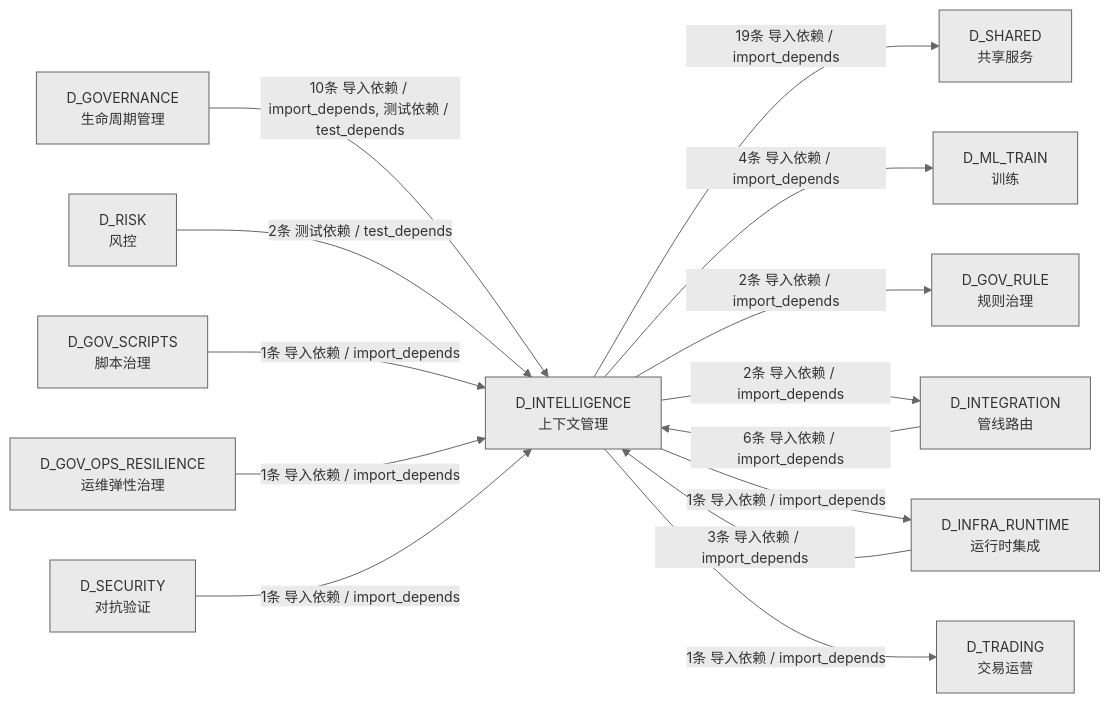
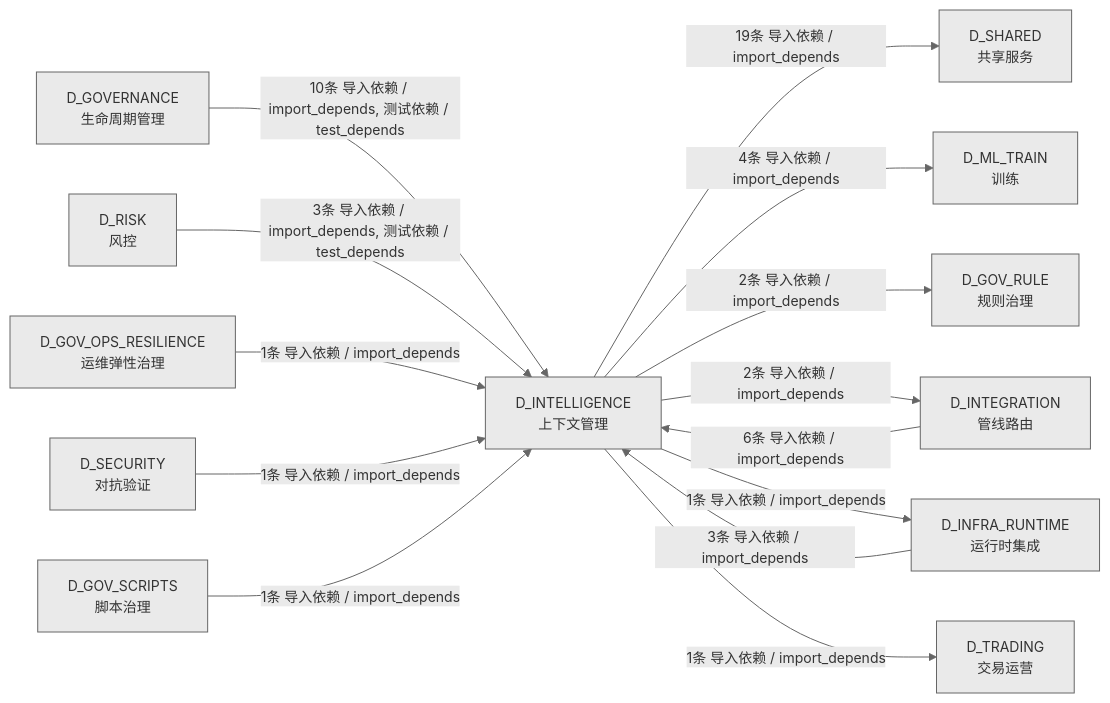
The fourth of 4 diagrams in docs/02_enterprise_architecture/02_domain_architecture_docs/57_d_intelligence.md (xuanFelixVan/ZephyrAlpha), drawn with Mermaid before and after one commit. The commit also changed other lines of this file and 50 other files, not shown here.

````diff
--- a/docs/02_enterprise_architecture/02_domain_architecture_docs/57_d_intelligence.md
+++ b/docs/02_enterprise_architecture/02_domain_architecture_docs/57_d_intelligence.md
@@ -377,29 +378,29 @@
 ```mermaid
 %%{init: {'theme': 'base', 'themeVariables': {'primaryColor': '#eaeaea', 'primaryTextColor': '#333333', 'primaryBorderColor': '#666666', 'lineColor': '#666666', 'secondaryColor': '#eaeaea', 'tertiaryColor': '#eaeaea', 'fontSize': '14px'}}}%%
 graph LR
     D_INTELLIGENCE["D_INTELLIGENCE<br/>上下文管理"]
     D_SHARED["D_SHARED<br/>共享服务"]
     D_ML_TRAIN["D_ML_TRAIN<br/>训练"]
     D_GOV_RULE["D_GOV_RULE<br/>规则治理"]
     D_INTEGRATION["D_INTEGRATION<br/>管线路由"]
     D_INFRA_RUNTIME["D_INFRA_RUNTIME<br/>运行时集成"]
     D_TRADING["D_TRADING<br/>交易运营"]
     D_GOVERNANCE["D_GOVERNANCE<br/>生命周期管理"]
     D_RISK["D_RISK<br/>风控"]
-    D_GOV_SCRIPTS["D_GOV_SCRIPTS<br/>脚本治理"]
     D_GOV_OPS_RESILIENCE["D_GOV_OPS_RESILIENCE<br/>运维弹性治理"]
     D_SECURITY["D_SECURITY<br/>对抗验证"]
+    D_GOV_SCRIPTS["D_GOV_SCRIPTS<br/>脚本治理"]
     D_INTELLIGENCE -->|19条 导入依赖 / import_depends| D_SHARED
     D_INTELLIGENCE -->|4条 导入依赖 / import_depends| D_ML_TRAIN
     D_INTELLIGENCE -->|2条 导入依赖 / import_depends| D_GOV_RULE
     D_INTELLIGENCE -->|2条 导入依赖 / import_depends| D_INTEGRATION
     D_INTELLIGENCE -->|1条 导入依赖 / import_depends| D_INFRA_RUNTIME
     D_INTELLIGENCE -->|1条 导入依赖 / import_depends| D_TRADING
     D_GOVERNANCE -->|10条 导入依赖 / import_depends, 测试依赖 / test_depends| D_INTELLIGENCE
     D_INTEGRATION -->|6条 导入依赖 / import_depends| D_INTELLIGENCE
     D_INFRA_RUNTIME -->|3条 导入依赖 / import_depends| D_INTELLIGENCE
-    D_RISK -->|2条 测试依赖 / test_depends| D_INTELLIGENCE
-    D_GOV_SCRIPTS -->|1条 导入依赖 / import_depends| D_INTELLIGENCE
+    D_RISK -->|3条 导入依赖 / import_depends, 测试依赖 / test_depends| D_INTELLIGENCE
     D_GOV_OPS_RESILIENCE -->|1条 导入依赖 / import_depends| D_INTELLIGENCE
     D_SECURITY -->|1条 导入依赖 / import_depends| D_INTELLIGENCE
+    D_GOV_SCRIPTS -->|1条 导入依赖 / import_depends| D_INTELLIGENCE
 ```
````
